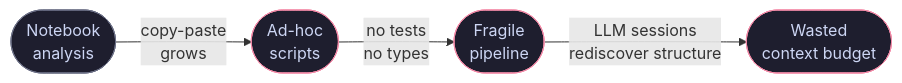
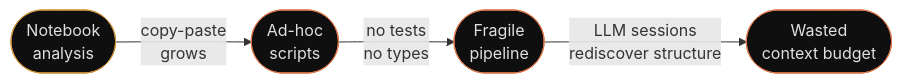
The first of 3 diagrams in docs/index.md (pmuguda/cookiecutter-eo-llm), drawn with Mermaid before and after one commit. The commit also changed 2 other files, not shown here.

Commit message:
Restyle docs to SAR Console design system
- IBM Plex Sans/Mono fonts; DARK (near-black) + PAPER (cream) palette toggle
- Gold #d0973d accent, white primary action, no third UI hue
- Sharp 0-2px corners, hairline borders, white-glow hovers
- Mono telemetry-style labels, condensed headings, console Mermaid palette

````diff
--- a/docs/index.md
+++ b/docs/index.md
@@ -17,11 +17,11 @@
 ```mermaid
 flowchart LR
     A([Notebook\nanalysis]) -->|"copy-paste\ngrows"| B([Ad-hoc\nscripts])
     B -->|"no tests\nno types"| C([Fragile\npipeline])
     C -->|"LLM sessions\nrediscover structure"| D([Wasted\ncontext budget])
 
-    style A fill:#1e1e2e,stroke:#6c7086,color:#cdd6f4
-    style B fill:#1e1e2e,stroke:#f38ba8,color:#cdd6f4
-    style C fill:#1e1e2e,stroke:#f38ba8,color:#cdd6f4
-    style D fill:#1e1e2e,stroke:#f38ba8,color:#cdd6f4
+    style A fill:#0f0f0f,stroke:#d0973d,color:#e0e0e3
+    style B fill:#0f0f0f,stroke:#e07a4f,color:#e0e0e3
+    style C fill:#0f0f0f,stroke:#e07a4f,color:#e0e0e3
+    style D fill:#0f0f0f,stroke:#e07a4f,color:#e0e0e3
 ```
````
